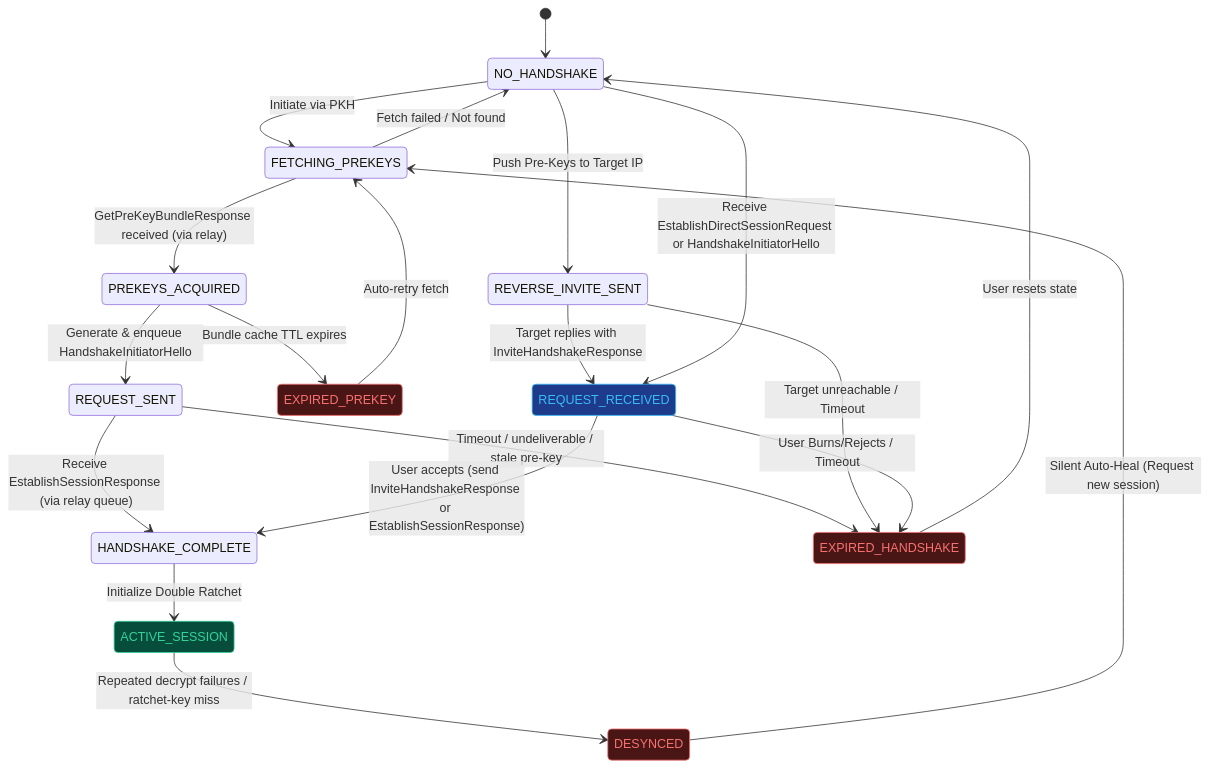
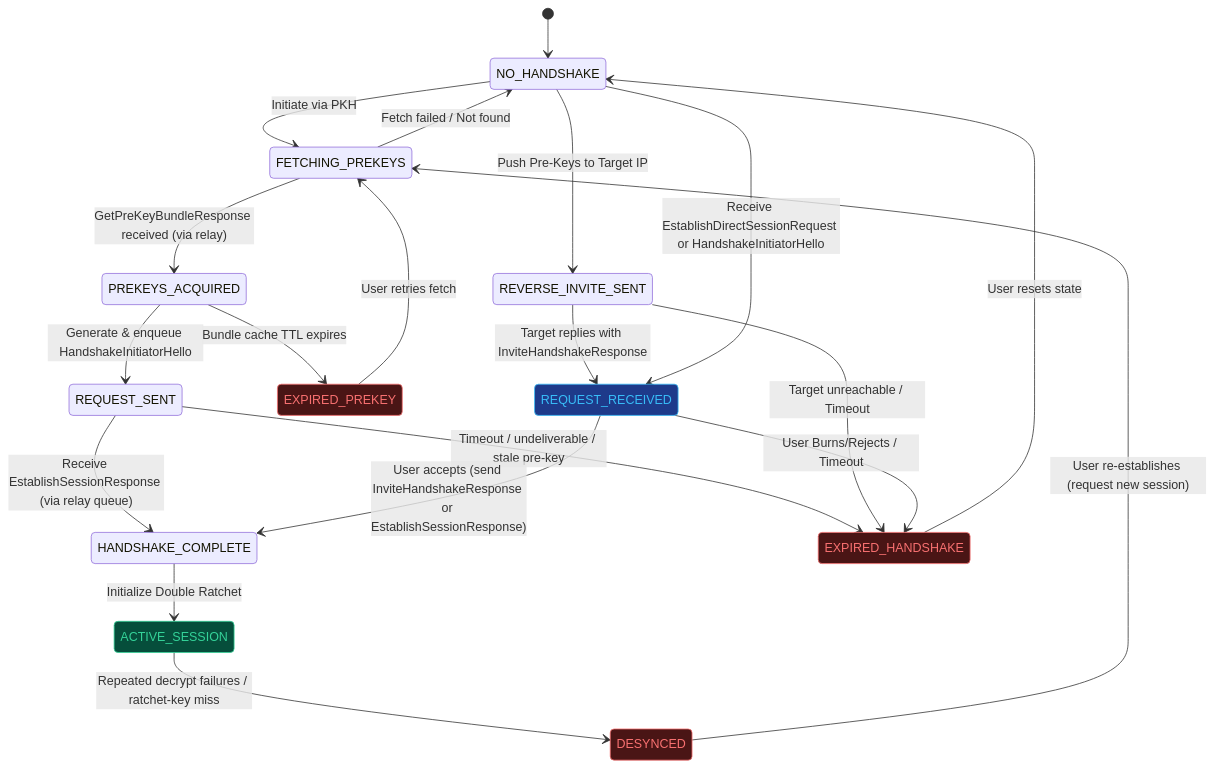
Before and after one commit to zerotwooneone/percolator: the diagram in design/session-state.md, drawn with Mermaid.

Commit message:
remove auto-rety behavior, make it user driven

````diff
--- a/design/session-state.md
+++ b/design/session-state.md
@@ -1,55 +1,55 @@
 ```mermaid
 stateDiagram-v2
 %% Define styles for specific states
 classDef error fill:#4a1515,stroke:#f87171,color:#f87171
 classDef active fill:#064e3b,stroke:#34d399,color:#34d399
 classDef pending fill:#1e3a8a,stroke:#38bdf8,color:#38bdf8
 
     [*] --> NO_HANDSHAKE
 
     %% -----------------------------------------
     %% OUTBOUND FLOW: STANDARD (PKH)
     %% -----------------------------------------
     NO_HANDSHAKE --> FETCHING_PREKEYS : Initiate via PKH
     FETCHING_PREKEYS --> PREKEYS_ACQUIRED : GetPreKeyBundleResponse received (via relay)
     FETCHING_PREKEYS --> NO_HANDSHAKE : Fetch failed / Not found
     
     PREKEYS_ACQUIRED --> REQUEST_SENT : Generate & enqueue HandshakeInitiatorHello
     PREKEYS_ACQUIRED --> EXPIRED_PREKEY : Bundle cache TTL expires
-    EXPIRED_PREKEY --> FETCHING_PREKEYS : Auto-retry fetch
+    EXPIRED_PREKEY --> FETCHING_PREKEYS : User retries fetch
 
     REQUEST_SENT --> HANDSHAKE_COMPLETE : Receive EstablishSessionResponse (via relay queue)
     REQUEST_SENT --> EXPIRED_HANDSHAKE : Timeout / undeliverable / stale pre-key
 
     %% -----------------------------------------
     %% OUTBOUND FLOW: REVERSE (IP/DNS)
     %% -----------------------------------------
     NO_HANDSHAKE --> REVERSE_INVITE_SENT : Push Pre-Keys to Target IP
     REVERSE_INVITE_SENT --> REQUEST_RECEIVED : Target replies with InviteHandshakeResponse
     REVERSE_INVITE_SENT --> EXPIRED_HANDSHAKE : Target unreachable / Timeout
 
     %% -----------------------------------------
     %% INBOUND FLOW
     %% -----------------------------------------
     NO_HANDSHAKE --> REQUEST_RECEIVED : Receive EstablishDirectSessionRequest or HandshakeInitiatorHello
     REQUEST_RECEIVED --> HANDSHAKE_COMPLETE : User accepts (send InviteHandshakeResponse or EstablishSessionResponse)
     REQUEST_RECEIVED --> EXPIRED_HANDSHAKE : User Burns/Rejects / Timeout
 
     %% -----------------------------------------
     %% ACTIVE SESSION & HEALING
     %% -----------------------------------------
     HANDSHAKE_COMPLETE --> ACTIVE_SESSION : Initialize Double Ratchet
     ACTIVE_SESSION --> DESYNCED : Repeated decrypt failures / ratchet-key miss
-    DESYNCED --> FETCHING_PREKEYS : Silent Auto-Heal (Request new session)
+    DESYNCED --> FETCHING_PREKEYS : User re-establishes (request new session)
 
     %% -----------------------------------------
     %% CLEANUP
     %% -----------------------------------------
     EXPIRED_HANDSHAKE --> NO_HANDSHAKE : User resets state
 
 class EXPIRED_PREKEY error
 class EXPIRED_HANDSHAKE error
 class DESYNCED error
 class ACTIVE_SESSION active
 class REQUEST_RECEIVED pending
 ```
````
